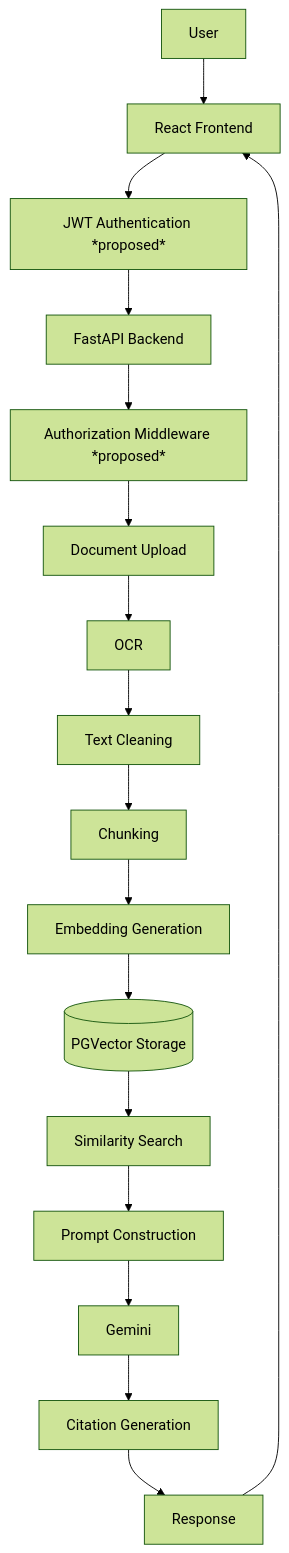
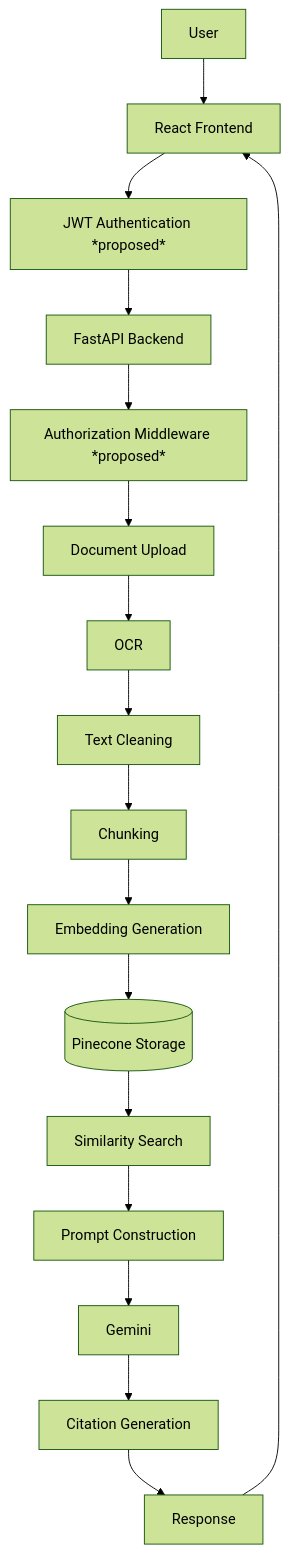
Before and after one commit to NeetiQ/Samarth_internship_2026_RAG_Chatbot: the first of 2 diagrams in SYSTEM_ARCHITECTURE.md, drawn with Mermaid (forest theme). The commit also changed other lines of this file and 20 other files, not shown here.

Commit message:
chore: remove PGVector and transition to Pinecone

````diff
--- a/SYSTEM_ARCHITECTURE.md
+++ b/SYSTEM_ARCHITECTURE.md
@@ -11,19 +11,19 @@
 ```mermaid
 graph TD
     U[User] --> FE[React Frontend]
     FE --> AUTH[JWT Authentication *proposed*]
     AUTH --> API[FastAPI Backend]
     API --> AZ[Authorization Middleware *proposed*]
     AZ --> UP[Document Upload]
     UP --> OCR[OCR]
     OCR --> CLEAN[Text Cleaning]
     CLEAN --> CHUNK[Chunking]
     CHUNK --> EMBED[Embedding Generation]
-    EMBED --> PGV[(PGVector Storage)]
+    EMBED --> PGV[(Pinecone Storage)]
     PGV --> SEARCH[Similarity Search]
     SEARCH --> PROMPT[Prompt Construction]
     PROMPT --> GEMINI[Gemini]
     GEMINI --> CITE[Citation Generation]
     CITE --> RESP[Response]
     RESP --> FE
 ```
````
